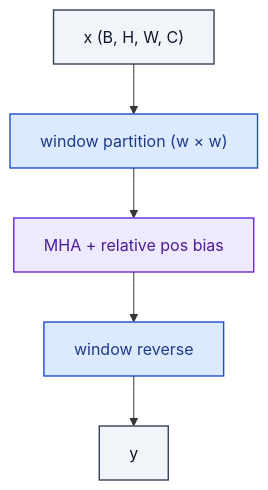
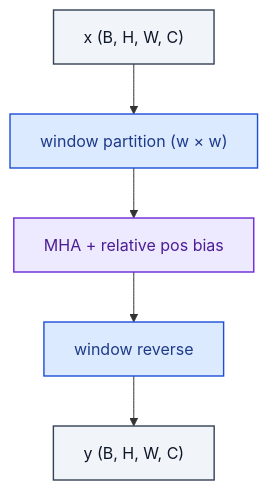
One commit to RealityShifts/Srivastava-book-of-Blocks-diagrams changed the diagram in attention/WindowAttention.md. Above: the diagram before and after it, drawn with Mermaid. The commit also changed 123 other files, not shown here.

````diff
--- a/attention/WindowAttention.md
+++ b/attention/WindowAttention.md
@@ -7,21 +7,22 @@
 ```mermaid
 flowchart TD
     n0_0["x  (B, H, W, C)"]:::io
     n1_0["window partition  (w × w)"]:::op
     n2_0["MHA + relative pos bias"]:::attn
     n3_0["window reverse"]:::op
-    n4_0["y"]:::io
+    n4_0["y  (B, H, W, C)"]:::io
     n0_0 --> n1_0
     n1_0 --> n2_0
     n2_0 --> n3_0
     n3_0 --> n4_0
     classDef io fill:#f1f5f9,stroke:#334155,stroke-width:1.4px,color:#0f172a
     classDef op fill:#dbeafe,stroke:#1d4ed8,stroke-width:1.4px,color:#1e3a8a
     classDef norm fill:#dcfce7,stroke:#15803d,stroke-width:1.4px,color:#14532d
     classDef act fill:#ffedd5,stroke:#c2410c,stroke-width:1.4px,color:#7c2d12
     classDef attn fill:#ede9fe,stroke:#6d28d9,stroke-width:1.4px,color:#4c1d95
     classDef merge fill:#fef3c7,stroke:#b45309,stroke-width:1.4px,color:#78350f
     classDef emb fill:#fef9c3,stroke:#a16207,stroke-width:1.4px,color:#713f12
     classDef loss fill:#fee2e2,stroke:#b91c1c,stroke-width:1.4px,color:#7f1d1d
     classDef ctrl fill:#f5f5f4,stroke:#52525b,stroke-width:1.4px,color:#27272a
+    classDef ref fill:#e0f2fe,stroke:#0369a1,stroke-width:2px,color:#0c4a6e,stroke-dasharray: 4 2
 ```
````
